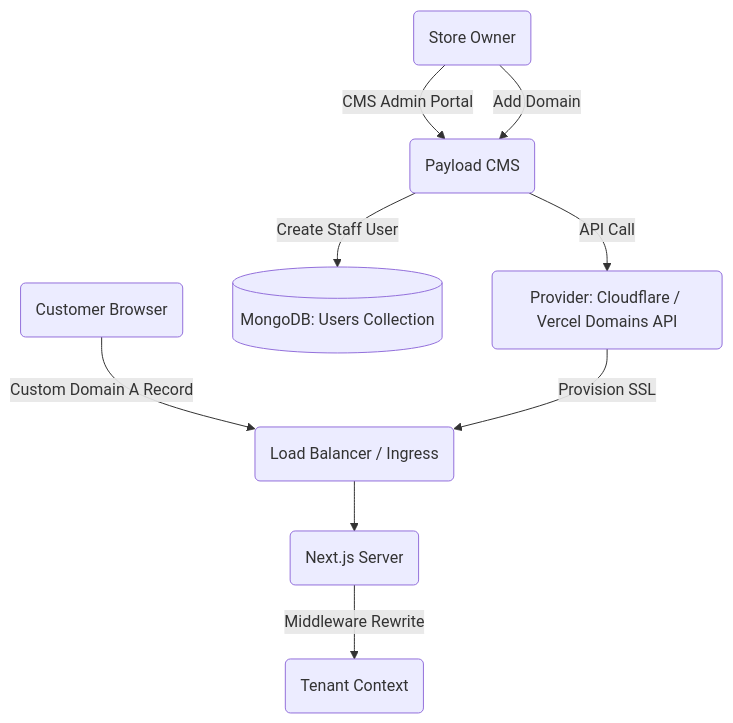
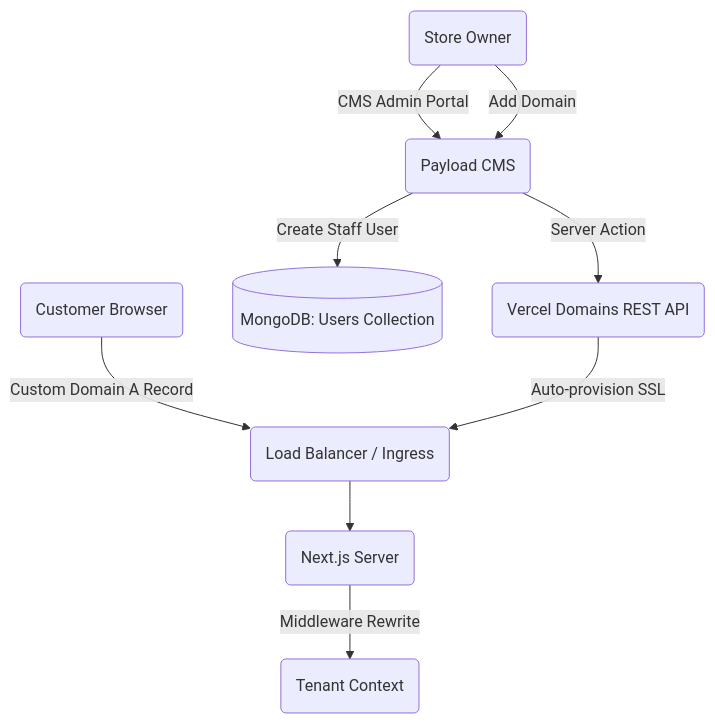
The diagram in docs/architecture/F19-store-configuration.md (tranjunp2-cloud/Build-WebStore-), drawn with Mermaid before and after one commit. The commit also changed other lines of this file and 31 other files, not shown here.

````diff
--- a/docs/architecture/F19-store-configuration.md
+++ b/docs/architecture/F19-store-configuration.md
@@ -13,13 +13,13 @@
 ```mermaid
 graph TD
     Client(Customer Browser) -->|Custom Domain A Record| LB(Load Balancer / Ingress)
     LB --> NextApp(Next.js Server)
     NextApp -->|Middleware Rewrite| Tenant(Tenant Context)
     
     Owner(Store Owner) -->|CMS Admin Portal| Payload(Payload CMS)
     Payload -->|Create Staff User| DB[(MongoDB: Users Collection)]
     
     Owner -->|Add Domain| Payload
-    Payload -->|API Call| ExternalDNS(Provider: Cloudflare / Vercel Domains API)
-    ExternalDNS -->|Provision SSL| LB
+    Payload -->|Server Action| VercelAPI(Vercel Domains REST API)
+    VercelAPI -->|Auto-provision SSL| LB
 ```
````
